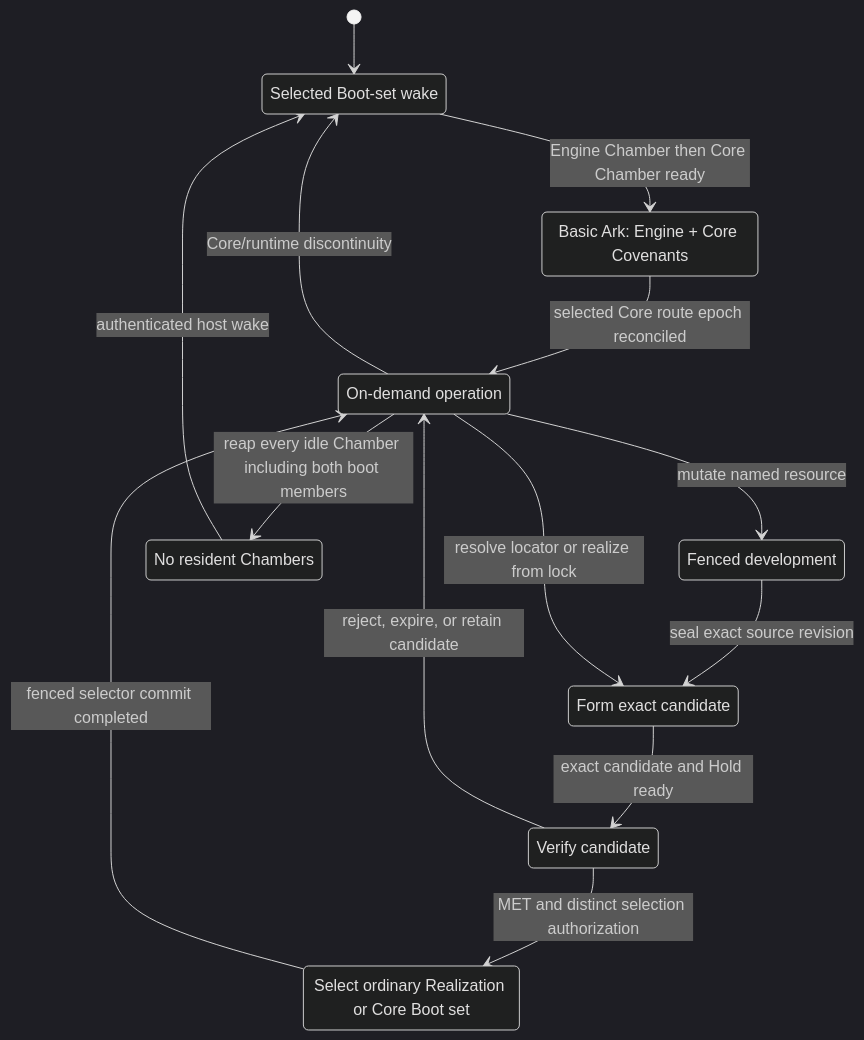
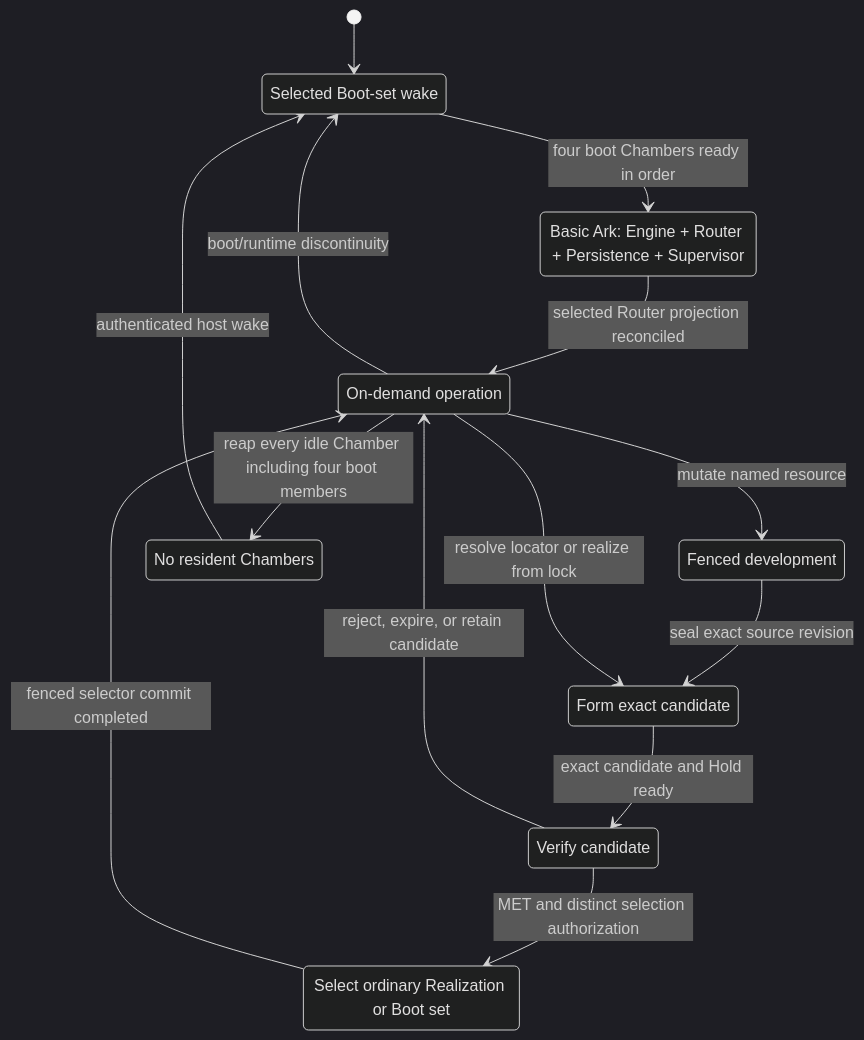
One commit to dreamcatcher-tech/chambers-lifecycle-explorer changed the second of 15 diagrams in source/chambers-lifecycle-sequences.md. Above: the diagram before and after it, drawn with Mermaid (dark theme). The commit also changed other lines of this file and 9 other files, not shown here.

````diff
--- a/source/chambers-lifecycle-sequences.md
+++ b/source/chambers-lifecycle-sequences.md
@@ -641,26 +724,26 @@
 ```mermaid
 stateDiagram-v2
     direction TB
     state "Selected Boot-set wake" as Wake
-    state "Basic Ark: Engine + Core Covenants" as Basic
+    state "Basic Ark: Engine + Router + Persistence + Supervisor" as Basic
     state "On-demand operation" as Normal
     state "Fenced development" as Develop
     state "Form exact candidate" as Realize
     state "Verify candidate" as Verify
-    state "Select ordinary Realization or Core Boot set" as Select
+    state "Select ordinary Realization or Boot set" as Select
     state "No resident Chambers" as Quiescent
 
     [*] --> Wake
-    Wake --> Basic: Engine Chamber then Core Chamber ready
-    Basic --> Normal: selected Core route epoch reconciled
+    Wake --> Basic: four boot Chambers ready in order
+    Basic --> Normal: selected Router projection reconciled
     Normal --> Develop: mutate named resource
     Develop --> Realize: seal exact source revision
     Normal --> Realize: resolve locator or realize from lock
     Realize --> Verify: exact candidate and Hold ready
     Verify --> Select: MET and distinct selection authorization
     Verify --> Normal: reject, expire, or retain candidate
     Select --> Normal: fenced selector commit completed
-    Normal --> Quiescent: reap every idle Chamber including both boot members
+    Normal --> Quiescent: reap every idle Chamber including four boot members
     Quiescent --> Wake: authenticated host wake
-    Normal --> Wake: Core/runtime discontinuity
+    Normal --> Wake: boot/runtime discontinuity
 ```
````
